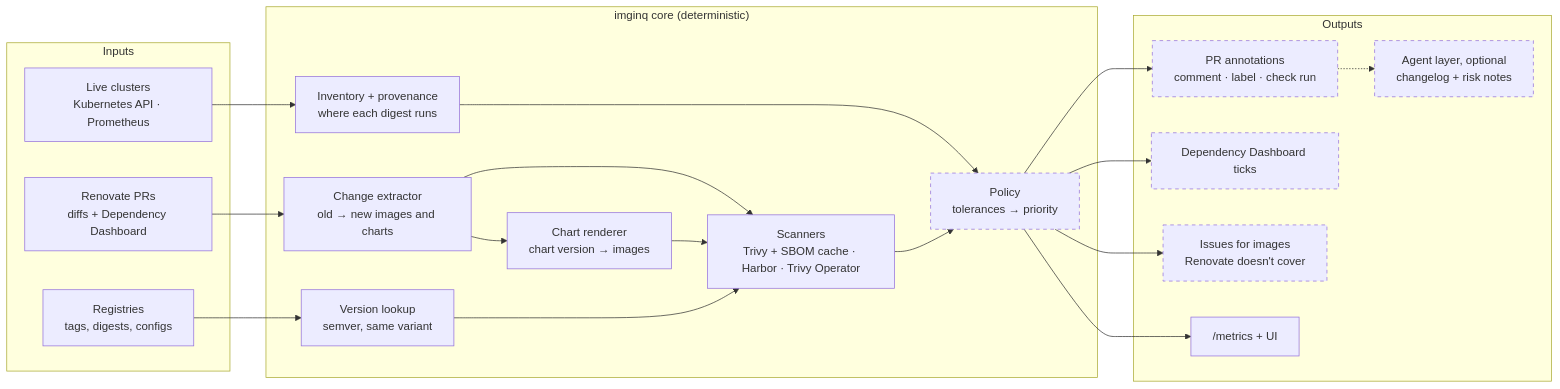
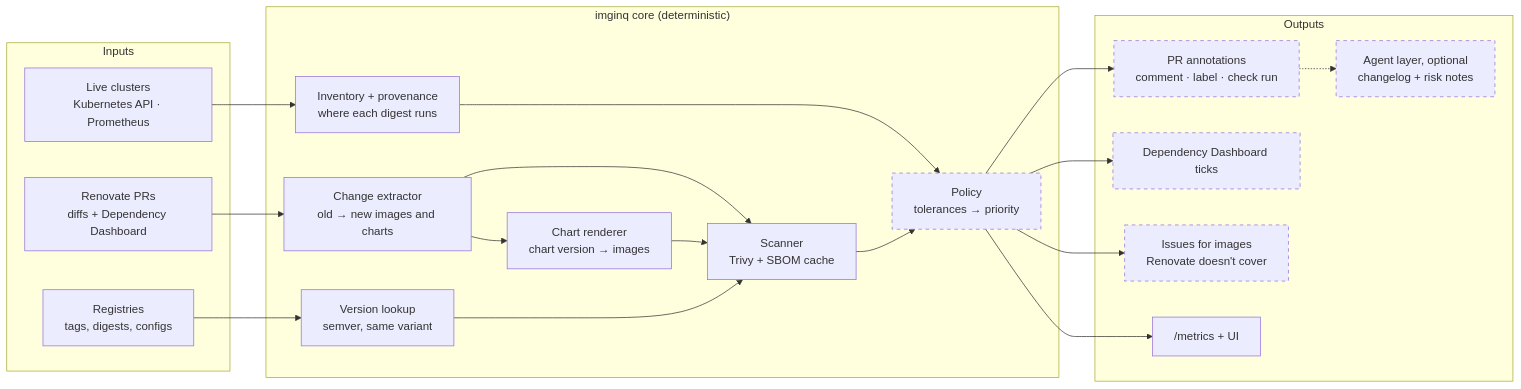
One commit to bartlettc22/image-inquisitor changed the diagram in docs/roadmap.md. Above: the diagram before and after it, drawn with Mermaid. The commit also changed other lines of this file and 40 other files, not shown here.

````diff
--- a/docs/roadmap.md
+++ b/docs/roadmap.md
@@ -27,43 +27,43 @@
 ```mermaid
 flowchart LR
   subgraph Inputs
     PR[Renovate PRs<br/>diffs + Dependency Dashboard]
     LIVE[Live clusters<br/>Kubernetes API · Prometheus]
     REG[Registries<br/>tags, digests, configs]
   end
 
   subgraph Core["imginq core (deterministic)"]
     EXT[Change extractor<br/>old → new images and charts]
     HELM[Chart renderer<br/>chart version → images]
     INV[Inventory + provenance<br/>where each digest runs]
     VER[Version lookup<br/>semver, same variant]
-    SCAN[Scanners<br/>Trivy + SBOM cache · Harbor · Trivy Operator]
+    SCAN[Scanner<br/>Trivy + SBOM cache]
     POL[Policy<br/>tolerances → priority]
   end
 
   subgraph Outputs
     ANN[PR annotations<br/>comment · label · check run]
     DASH[Dependency Dashboard ticks]
     GAP[Issues for images<br/>Renovate doesn't cover]
     MET["/metrics + UI"]
     AGT[Agent layer, optional<br/>changelog + risk notes]
   end
 
   PR --> EXT
   EXT --> HELM
   LIVE --> INV
   REG --> VER
   EXT --> SCAN
   HELM --> SCAN
   VER --> SCAN
   INV --> POL
   SCAN --> POL
   POL --> ANN
   POL --> DASH
   POL --> GAP
   POL --> MET
   ANN -.-> AGT
 
   classDef todo stroke-dasharray: 5 5
   class POL,ANN,DASH,GAP,AGT todo
 ```
````
